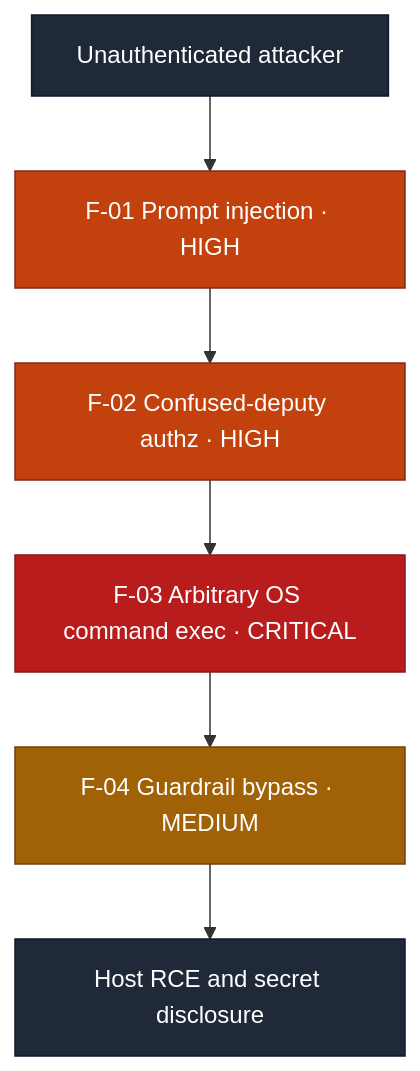
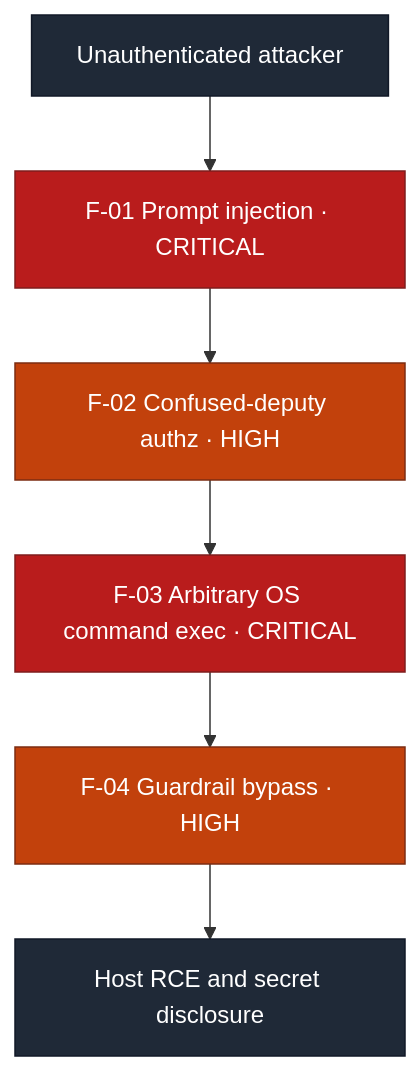
Before and after one commit to ouroboros-white/cybersecurity-portfolio: the first of 2 diagrams in reports/llm-agent-prompt-injection-2026-08.md, drawn with Mermaid. The commit also changed other lines of this file and 4 other files, not shown here.

````diff
--- a/reports/llm-agent-prompt-injection-2026-08.md
+++ b/reports/llm-agent-prompt-injection-2026-08.md
@@ -70,16 +70,15 @@
 ```mermaid
 flowchart TD
-    S["Unauthenticated attacker"] --> F1["F-01 Prompt injection · HIGH"]
+    S["Unauthenticated attacker"] --> F1["F-01 Prompt injection · CRITICAL"]
     F1 --> F2["F-02 Confused-deputy authz · HIGH"]
     F2 --> F3["F-03 Arbitrary OS command exec · CRITICAL"]
-    F3 --> F4["F-04 Guardrail bypass · MEDIUM"]
+    F3 --> F4["F-04 Guardrail bypass · HIGH"]
     F4 --> R["Host RCE and secret disclosure"]
     classDef crit fill:#b91c1c,stroke:#7f1d1d,color:#ffffff;
     classDef high fill:#c2410c,stroke:#7c2d12,color:#ffffff;
     classDef med fill:#a16207,stroke:#713f12,color:#ffffff;
     classDef term fill:#1f2937,stroke:#111827,color:#ffffff;
-    class F3 crit;
-    class F1,F2 high;
-    class F4 med;
+    class F1,F3 crit;
+    class F2,F4 high;
     class S,R term;
 ```
````
